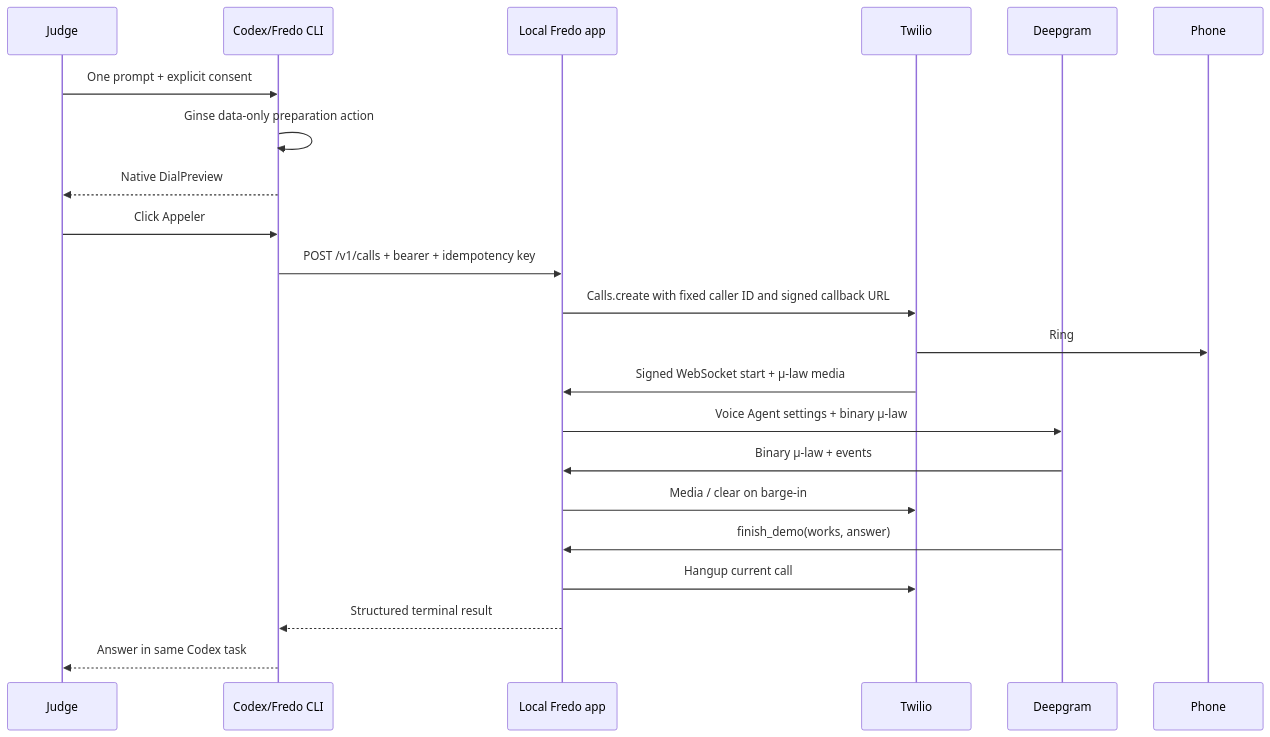
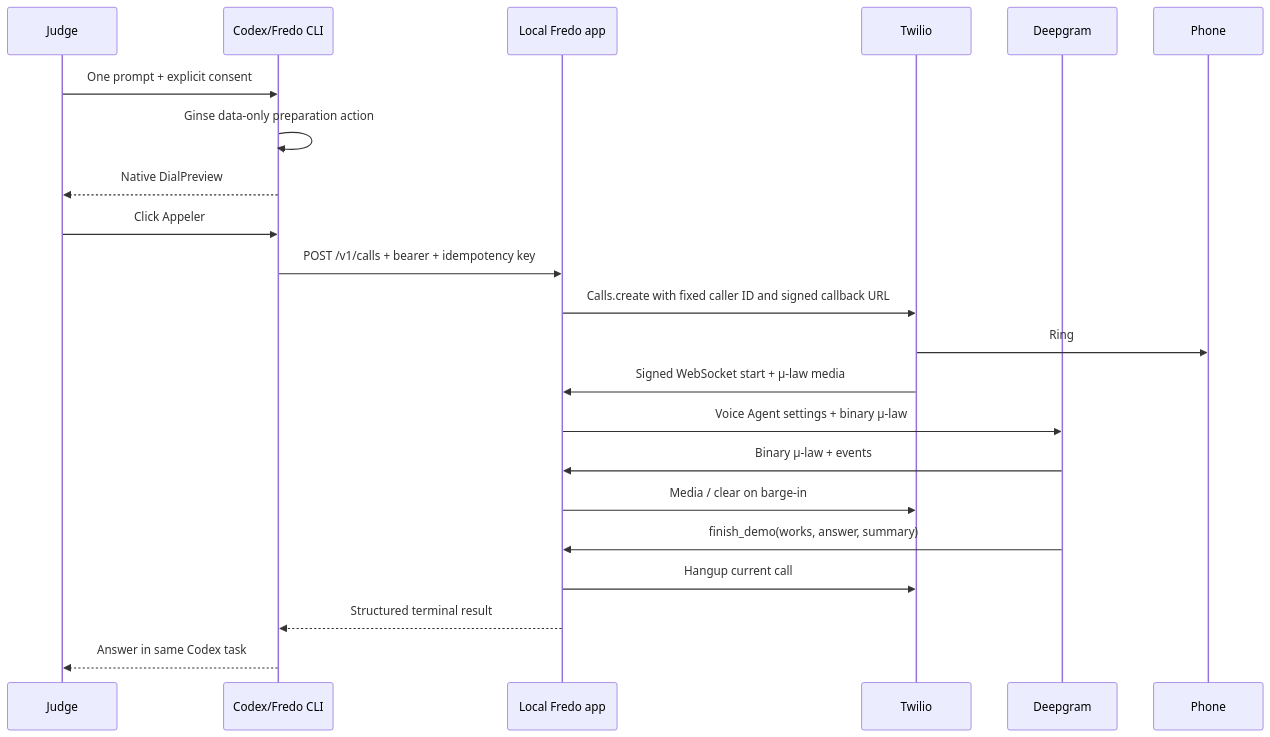
Before and after one commit to Caezarr/42hackathon: the second of 2 diagrams in docs/ARCHITECTURE.md, drawn with Mermaid. The commit also changed other lines of this file and 17 other files, not shown here.

````diff
--- a/docs/ARCHITECTURE.md
+++ b/docs/ARCHITECTURE.md
@@ -46,25 +46,25 @@
 ```mermaid
 sequenceDiagram
     participant J as Judge
     participant C as Codex/Fredo CLI
     participant A as Local Fredo app
     participant T as Twilio
     participant D as Deepgram
     participant P as Phone
 
     J->>C: One prompt + explicit consent
     C->>C: Ginse data-only preparation action
     C-->>J: Native DialPreview
     J->>C: Click Appeler
     C->>A: POST /v1/calls + bearer + idempotency key
     A->>T: Calls.create with fixed caller ID and signed callback URL
     T->>P: Ring
     T->>A: Signed WebSocket start + μ-law media
     A->>D: Voice Agent settings + binary μ-law
     D->>A: Binary μ-law + events
     A->>T: Media / clear on barge-in
-    D->>A: finish_demo(works, answer)
+    D->>A: finish_demo(works, answer, summary)
     A->>T: Hangup current call
     A-->>C: Structured terminal result
     C-->>J: Answer in same Codex task
 ```
````
